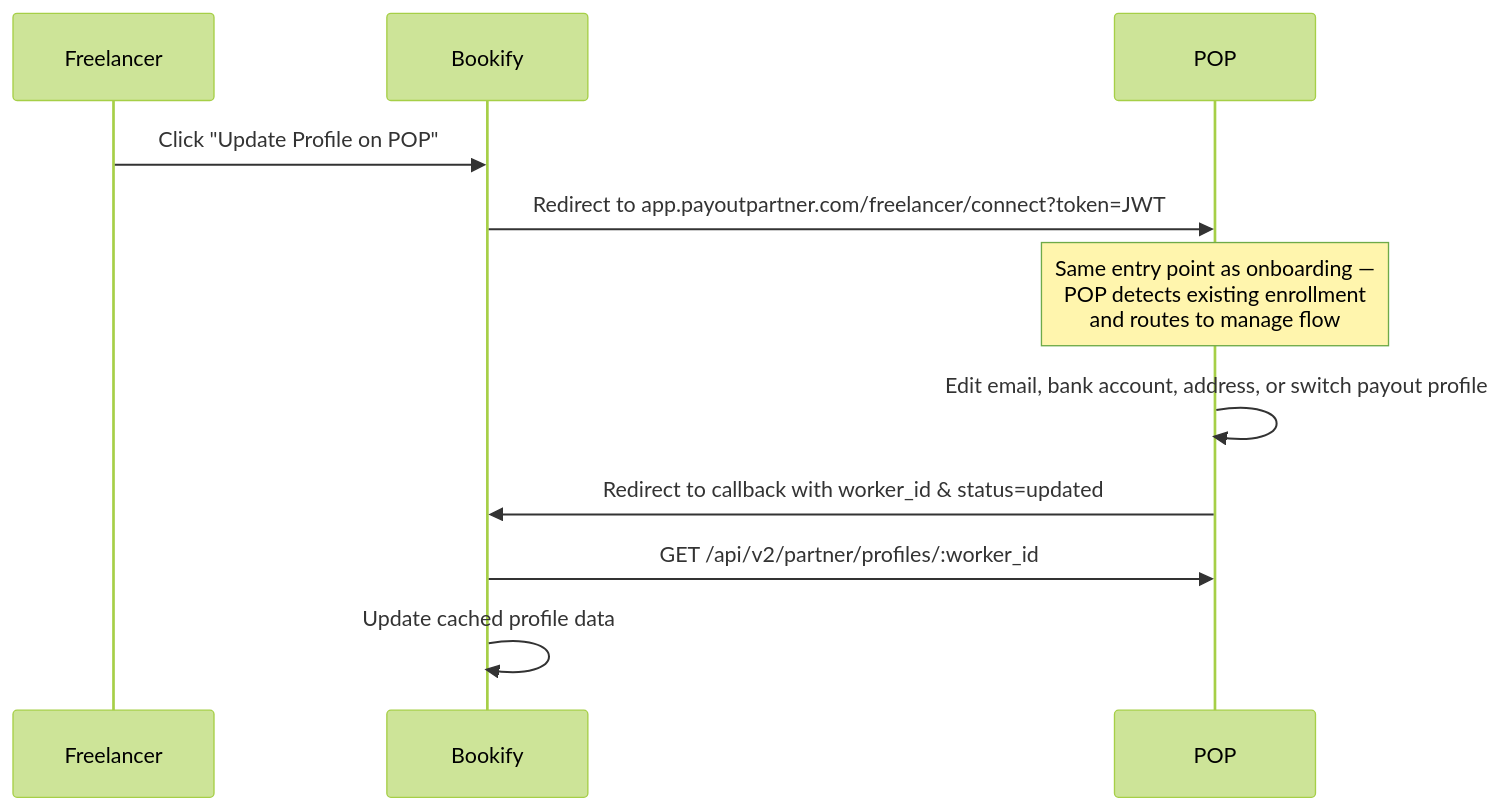
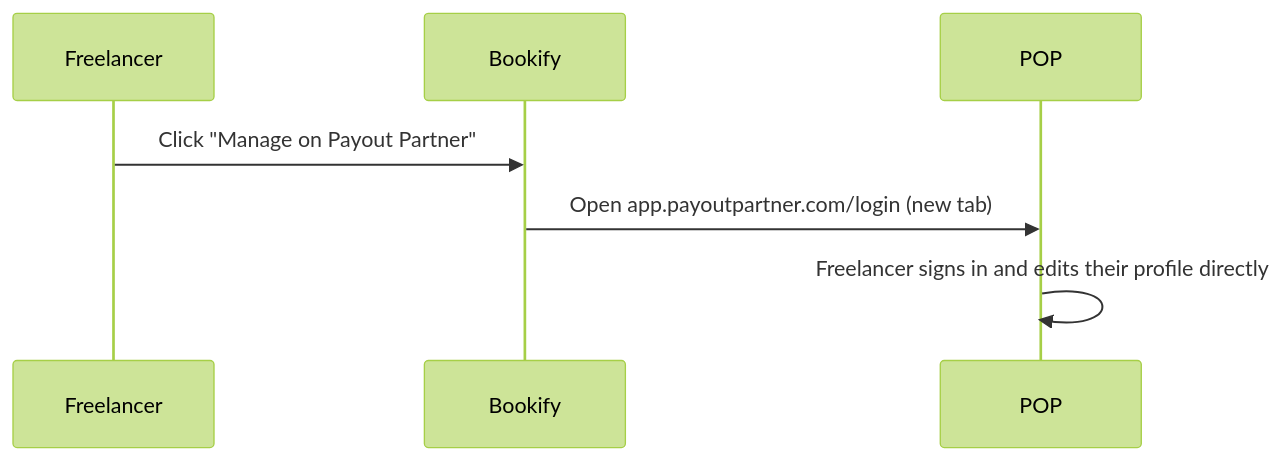
Before and after one commit to Skiwo/bookify-app: the third of 4 diagrams in README.md, drawn with Mermaid (forest theme). The commit also changed other lines of this file and 8 other files, not shown here.

First line of the commit message:
Migrate to POP enrollment_requests (drop bearer-JWT connect flow)

````diff
--- a/README.md
+++ b/README.md
@@ -195,14 +202,10 @@
 ```mermaid
 sequenceDiagram
     participant Freelancer
     participant Bookify
     participant POP
 
-    Freelancer->>Bookify: Click "Update Profile on POP"
-    Bookify->>POP: Redirect to app.payoutpartner.com/freelancer/connect?token=JWT
-    Note over POP: Same entry point as onboarding —<br/>POP detects existing enrollment<br/>and routes to manage flow
-    POP->>POP: Edit email, bank account, address, or switch payout profile
-    POP->>Bookify: Redirect to callback with worker_id & status=updated
-    Bookify->>POP: GET /api/v2/partner/profiles/:worker_id
-    Bookify->>Bookify: Update cached profile data
+    Freelancer->>Bookify: Click "Manage on Payout Partner"
+    Bookify->>POP: Open app.payoutpartner.com/login (new tab)
+    POP->>POP: Freelancer signs in and edits their profile directly
 ```
````
